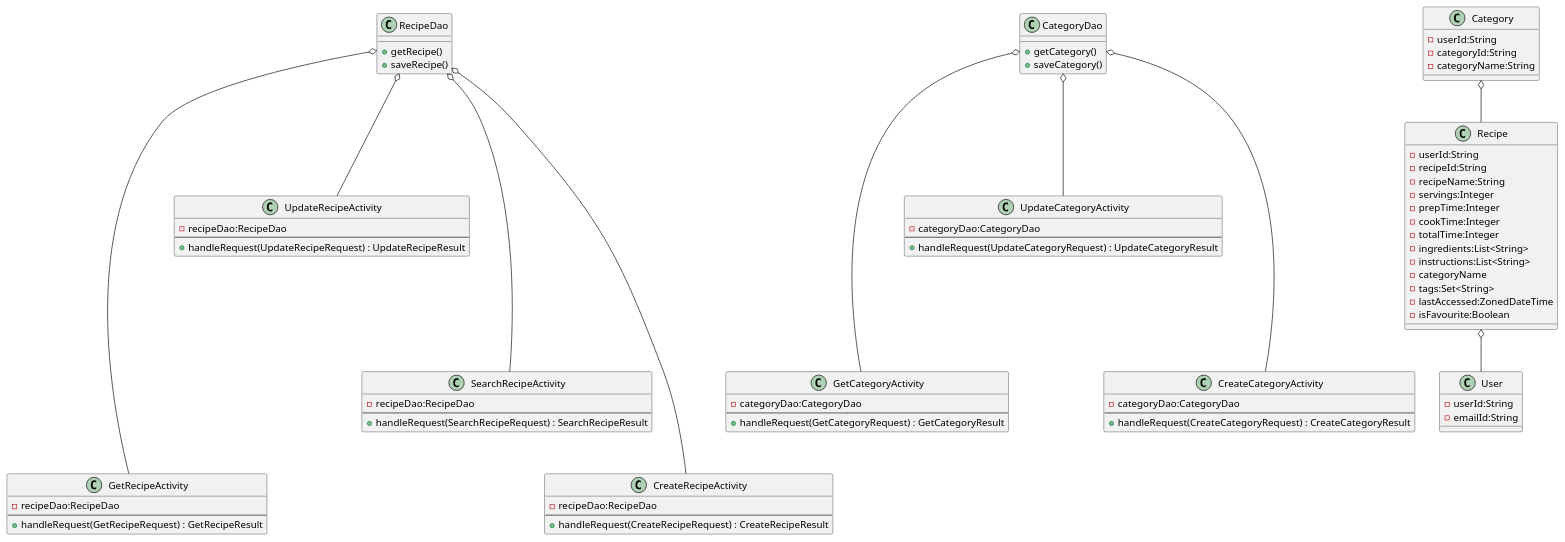
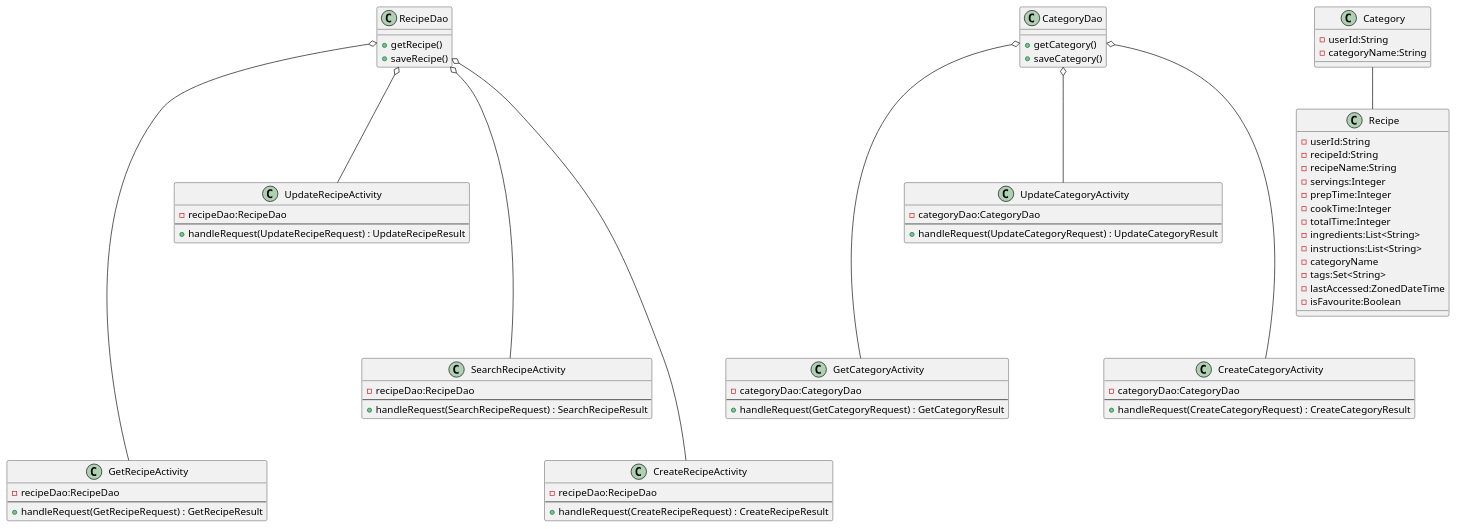
The diagram in resources/RecipeoUMLClass.puml (lafleurss/recipeo), drawn with PlantUML before and after one commit. The commit also changed 5 other files, not shown here.

```diff
--- a/resources/RecipeoUMLClass.puml
+++ b/resources/RecipeoUMLClass.puml
@@ -1,99 +1,93 @@
 @startuml
 'https://plantuml.com/class-diagram
 RecipeDao o---- GetRecipeActivity
 RecipeDao o-- UpdateRecipeActivity
 RecipeDao o--- SearchRecipeActivity
 RecipeDao o---- CreateRecipeActivity
 
 
 CategoryDao o--- GetCategoryActivity
 CategoryDao o-- UpdateCategoryActivity
 CategoryDao o--- CreateCategoryActivity
 
-Recipe o-- User
-Category o-- Recipe
+
+Category -- Recipe
 
 
 class CreateRecipeActivity{
 - recipeDao:RecipeDao
 --
 + handleRequest(CreateRecipeRequest) : CreateRecipeResult
 }
 
 class GetRecipeActivity{
 - recipeDao:RecipeDao
 --
 + handleRequest(GetRecipeRequest) : GetRecipeResult
 }
 
 class UpdateRecipeActivity{
 - recipeDao:RecipeDao
 --
 + handleRequest(UpdateRecipeRequest) : UpdateRecipeResult
 }
 
 class SearchRecipeActivity{
 - recipeDao:RecipeDao
 --
 + handleRequest(SearchRecipeRequest) : SearchRecipeResult
 }
 
 class UpdateCategoryActivity{
 - categoryDao:CategoryDao
 --
 + handleRequest(UpdateCategoryRequest) : UpdateCategoryResult
 }
 
 class GetCategoryActivity{
 - categoryDao:CategoryDao
 --
 + handleRequest(GetCategoryRequest) : GetCategoryResult
 }
 
 class CreateCategoryActivity{
 - categoryDao:CategoryDao
 --
 + handleRequest(CreateCategoryRequest) : CreateCategoryResult
 }
 
 
 class RecipeDao{
 + getRecipe()
 + saveRecipe()
 }
 
 class CategoryDao{
 + getCategory()
 + saveCategory()
 }
 
-class User {
-- userId:String
-- emailId:String
-}
-
 
 class Recipe {
 - userId:String
 - recipeId:String
 - recipeName:String
 - servings:Integer
 - prepTime:Integer
 - cookTime:Integer
 - totalTime:Integer
 - ingredients:List<String>
 - instructions:List<String>
 - categoryName
 - tags:Set<String>
 - lastAccessed:ZonedDateTime
 - isFavourite:Boolean
 }
 
 class Category {
 - userId:String
-- categoryId:String
 - categoryName:String
 }
 
 
 @enduml
```
